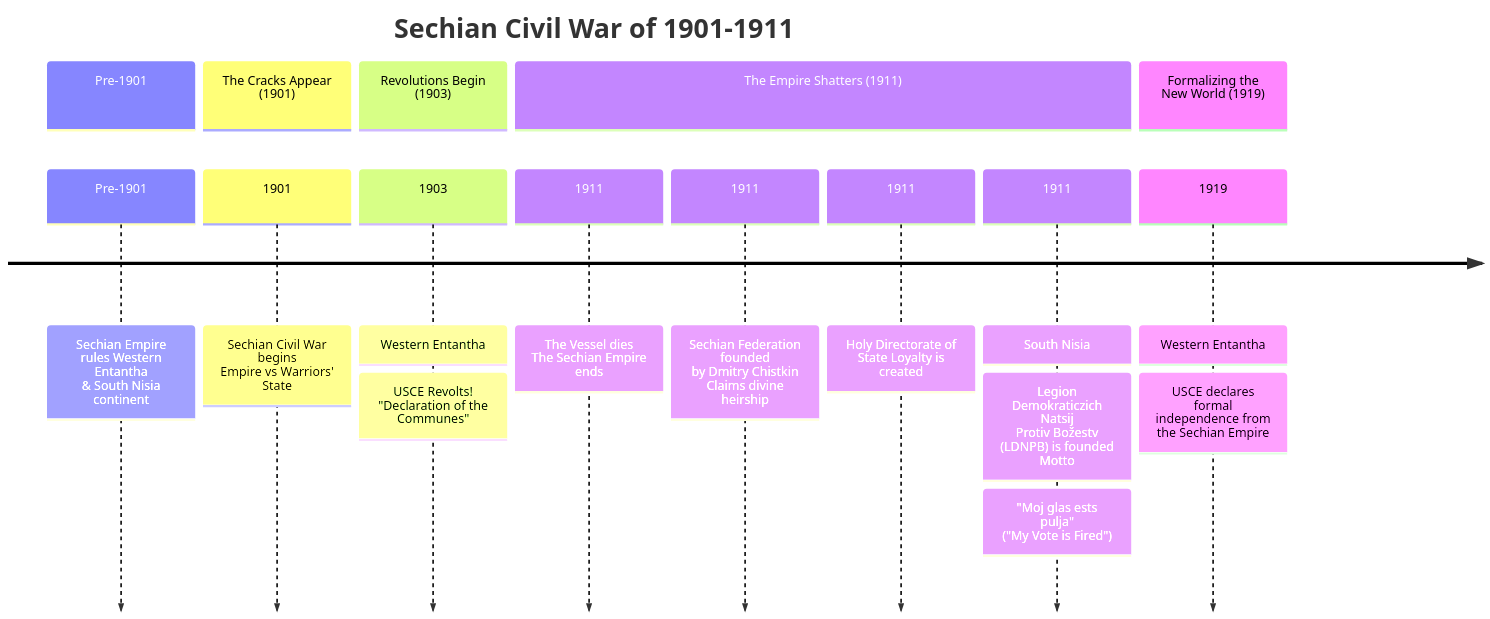
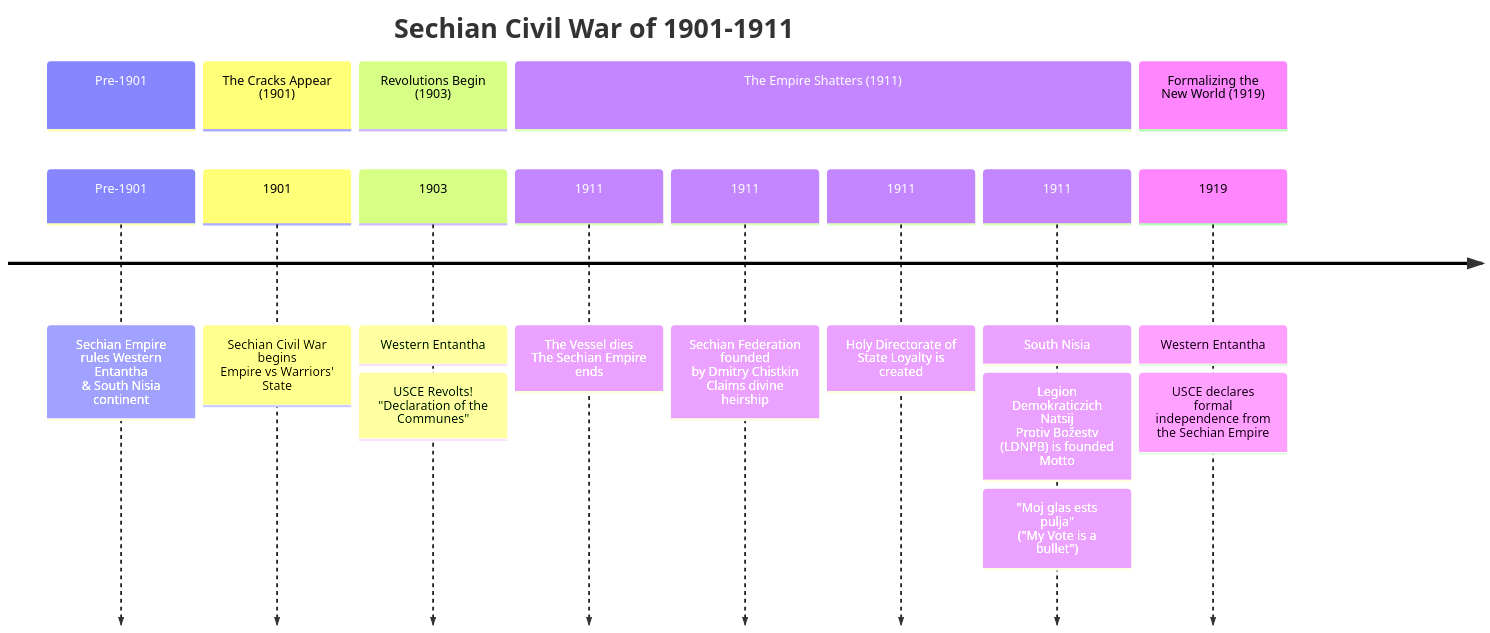
One commit to RedEnder666/worldbuilding-shit changed the diagram in Xenert/wiki/USCE/events/Sechian Civil War (1901-1911).md. Above: the diagram before and after it, drawn with Mermaid. The commit also changed other lines of this file and 86 other files, not shown here.

````diff
--- a/Xenert/wiki/USCE/events/Sechian Civil War (1901-1911).md
+++ b/Xenert/wiki/USCE/events/Sechian Civil War (1901-1911).md
@@ -19,17 +17,17 @@
 ```mermaid
 timeline-v
     title Sechian Civil War of 1901-1911
     section Pre-1901
       Pre-1901 : Sechian Empire rules Western Entantha<br> & South Nisia continent
     section The Cracks Appear (1901)
       1901 : Sechian Civil War begins<br>Empire vs Warriors' State
     section Revolutions Begin (1903)
       1903 : Western Entantha: USCE Revolts!<br>"Declaration of the Communes"
     section The Empire Shatters (1911)
       1911 : The Vessel dies<br>The Sechian Empire ends
       1911 : Sechian Federation founded<br>by Dmitry Chistkin<br>Claims divine heirship
       1911 : Holy Directorate of<br>State Loyalty is created
-      1911 : South Nisia: Legion Demokraticzich Natsij<br>Protiv Božestv (LDNPB) is founded<br>Motto: "Moj glas ests pulja"<br>("My Vote is Fired")
+      1911 : South Nisia: Legion Demokraticzich Natsij<br>Protiv Božestv (LDNPB) is founded<br>Motto: "Moj glas ests pulja"<br>("My Vote is a bullet")
     section Formalizing the New World (1919)
       1919 : Western Entantha: USCE declares formal<br>independence from the Sechian Empire
 ```
````
